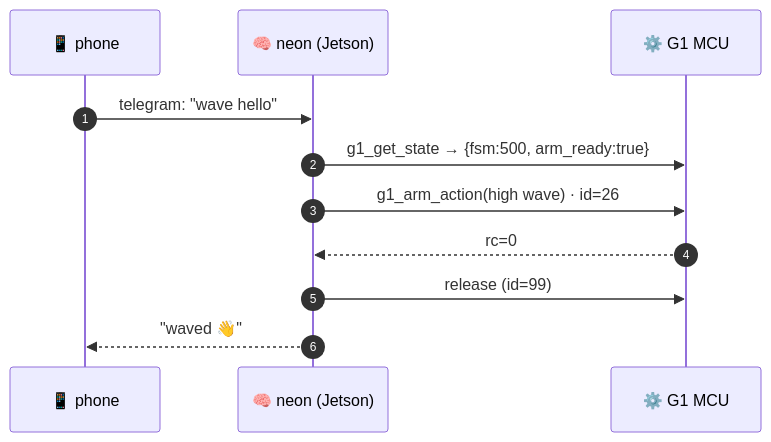
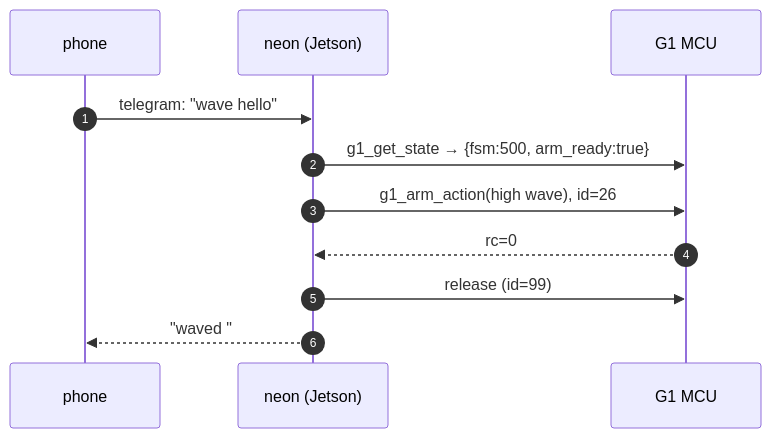
One commit to cagataycali/neon-the-g1 changed the diagram in docs/showcase/workflow.md. Above: the diagram before and after it, drawn with Mermaid. The commit also changed 22 other files, not shown here.

````diff
--- a/docs/showcase/workflow.md
+++ b/docs/showcase/workflow.md
@@ -7,13 +7,13 @@
 ```mermaid
 sequenceDiagram
     autonumber
-    participant P as 📱 phone
-    participant N as 🧠 neon (Jetson)
-    participant M as ⚙️ G1 MCU
+    participant P as phone
+    participant N as neon (Jetson)
+    participant M as G1 MCU
     P->>N: telegram: "wave hello"
     N->>M: g1_get_state → {fsm:500, arm_ready:true}
-    N->>M: g1_arm_action(high wave) · id=26
+    N->>M: g1_arm_action(high wave), id=26
     M-->>N: rc=0
     N->>M: release (id=99)
-    N-->>P: "waved 👋"
+    N-->>P: "waved "
 ```
````
